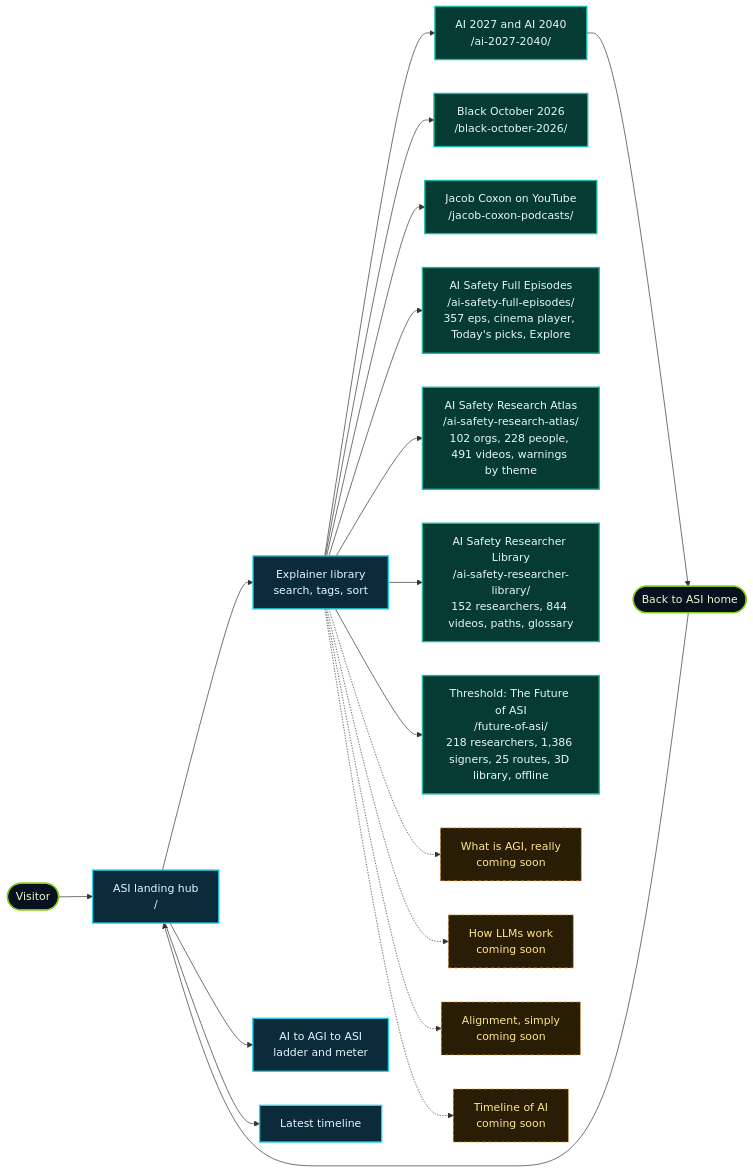
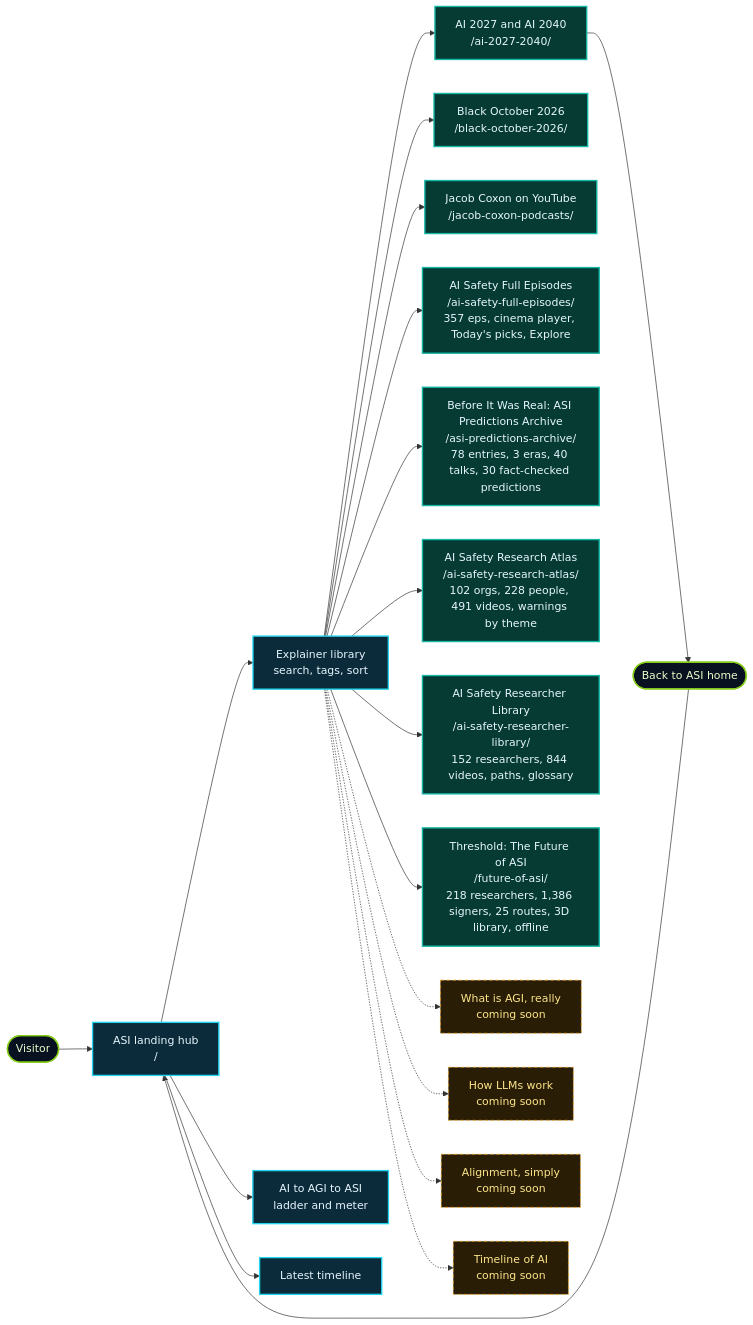
Before and after one commit to lo3elyon/ASI: the first of 16 diagrams in README.md, drawn with Mermaid. The commit also changed other lines of this file and 16 other files, not shown here.

Commit message:
Add Before It Was Real: ASI Predictions Archive (/asi-predictions-archive/) + README updates

````diff
--- a/README.md
+++ b/README.md
@@ -75,28 +76,29 @@
 ```mermaid
 flowchart LR
     V(["Visitor"]) --> H["ASI landing hub<br/>/"]
     H --> L["Explainer library<br/>search, tags, sort"]
     H --> G["AI to AGI to ASI<br/>ladder and meter"]
     H --> T["Latest timeline"]
     L --> E1["AI 2027 and AI 2040<br/>/ai-2027-2040/"]
     L --> E6["Black October 2026<br/>/black-october-2026/"]
     L --> E7["Jacob Coxon on YouTube<br/>/jacob-coxon-podcasts/"]
     L --> E8["AI Safety Full Episodes<br/>/ai-safety-full-episodes/<br/>357 eps, cinema player, Today's picks, Explore"]
+    L --> E12["Before It Was Real: ASI Predictions Archive<br/>/asi-predictions-archive/<br/>78 entries, 3 eras, 40 talks, 30 fact-checked predictions"]
     L --> E11["AI Safety Research Atlas<br/>/ai-safety-research-atlas/<br/>102 orgs, 228 people, 491 videos, warnings by theme"]
     L --> E10["AI Safety Researcher Library<br/>/ai-safety-researcher-library/<br/>152 researchers, 844 videos, paths, glossary"]
     L --> E9["Threshold: The Future of ASI<br/>/future-of-asi/<br/>218 researchers, 1,386 signers, 25 routes, 3D library, offline"]
     L -.-> E2["What is AGI, really<br/>coming soon"]
     L -.-> E3["How LLMs work<br/>coming soon"]
     L -.-> E4["Alignment, simply<br/>coming soon"]
     L -.-> E5["Timeline of AI<br/>coming soon"]
     E1 --> B(["Back to ASI home"])
     B --> H
     classDef hub fill:#0b2a3a,stroke:#22d3ee,stroke-width:2px,color:#e6f6ff
     classDef live fill:#063b33,stroke:#14b8a6,stroke-width:2px,color:#e6f6ff
     classDef soon fill:#2a1d05,stroke:#f59e0b,stroke-dasharray:5 4,color:#fde68a
     classDef user fill:#07111f,stroke:#84cc16,stroke-width:2px,color:#ecfccb
     class H,L,G,T hub
-    class E1,E6,E7,E8,E9,E10,E11 live
+    class E1,E6,E7,E8,E9,E10,E11,E12 live
     class E2,E3,E4,E5 soon
     class V,B user
 ```
````
